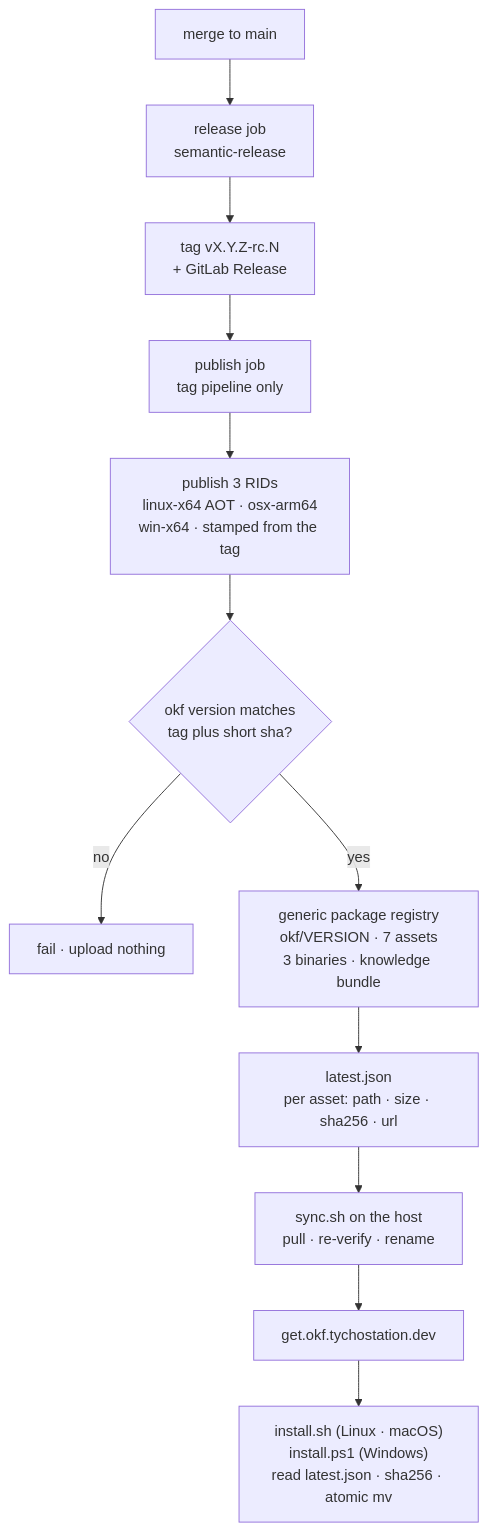
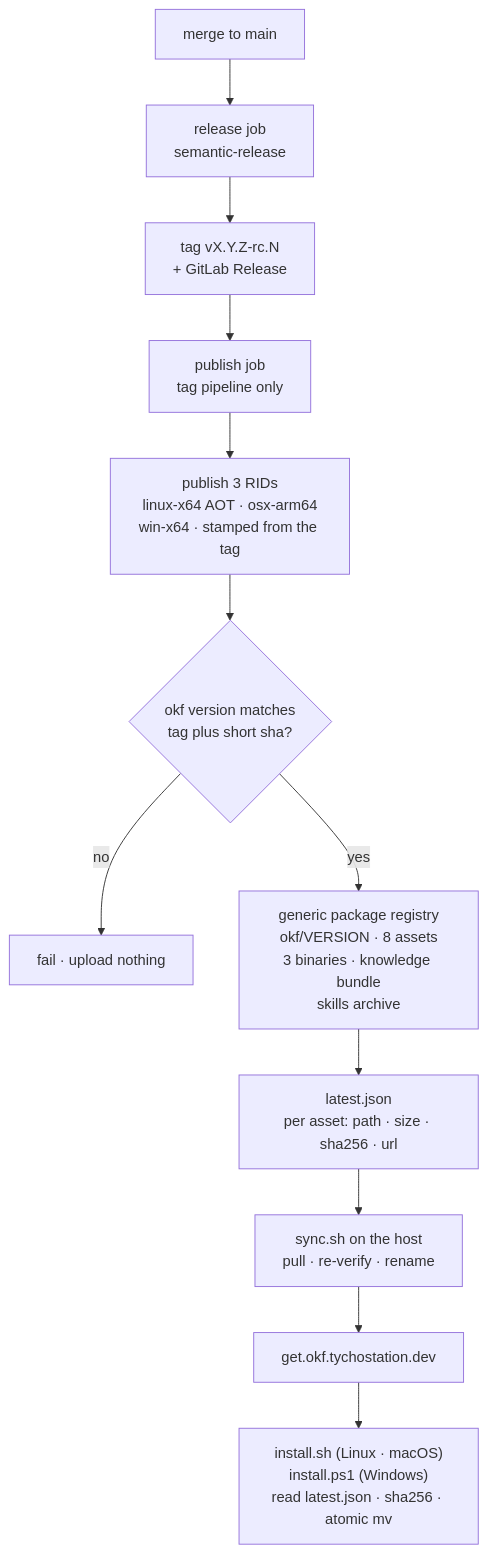
One commit to georgepharrison/okf-net changed the fifth of 7 diagrams in docs/architecture.md. Above: the diagram before and after it, drawn with Mermaid. The commit also changed other lines of this file and 2 other files, not shown here.

````diff
--- a/docs/architecture.md
+++ b/docs/architecture.md
@@ -920,14 +923,14 @@
 ```mermaid
 flowchart TB
     merge["merge to main"] --> rel["release job<br/>semantic-release"]
     rel --> tag["tag vX.Y.Z-rc.N<br/>+ GitLab Release"]
     tag --> pub["publish job<br/>tag pipeline only"]
     pub --> build["publish 3 RIDs<br/>linux-x64 AOT · osx-arm64<br/>win-x64 · stamped from the tag"]
     build --> gate{"okf version matches<br/>tag plus short sha?"}
     gate -- no --> stop["fail · upload nothing"]
-    gate -- yes --> reg["generic package registry<br/>okf/VERSION · 7 assets<br/>3 binaries · knowledge bundle"]
+    gate -- yes --> reg["generic package registry<br/>okf/VERSION · 8 assets<br/>3 binaries · knowledge bundle<br/>skills archive"]
     reg --> man["latest.json<br/>per asset: path · size · sha256 · url"]
     man --> sync["sync.sh on the host<br/>pull · re-verify · rename"]
     sync --> host["get.okf.tychostation.dev"]
     host --> inst["install.sh (Linux · macOS)<br/>install.ps1 (Windows)<br/>read latest.json · sha256 · atomic mv"]
 ```
````
